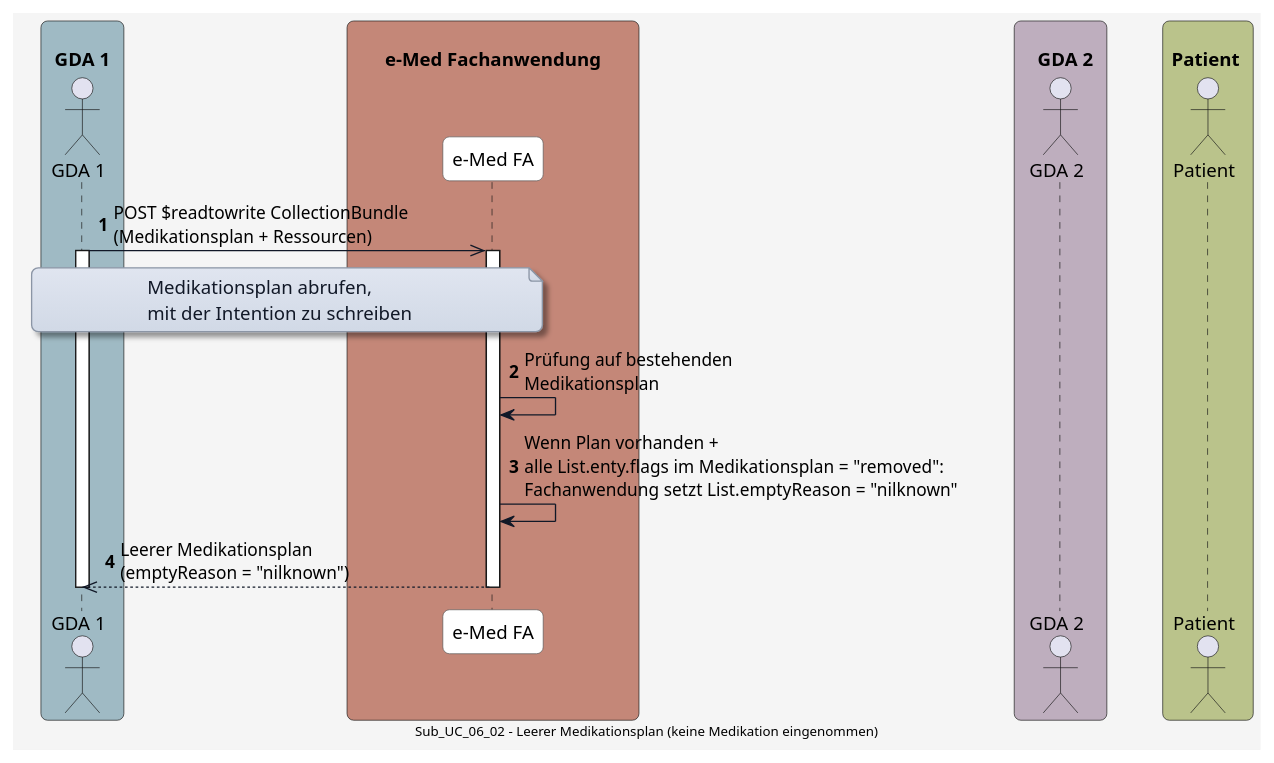
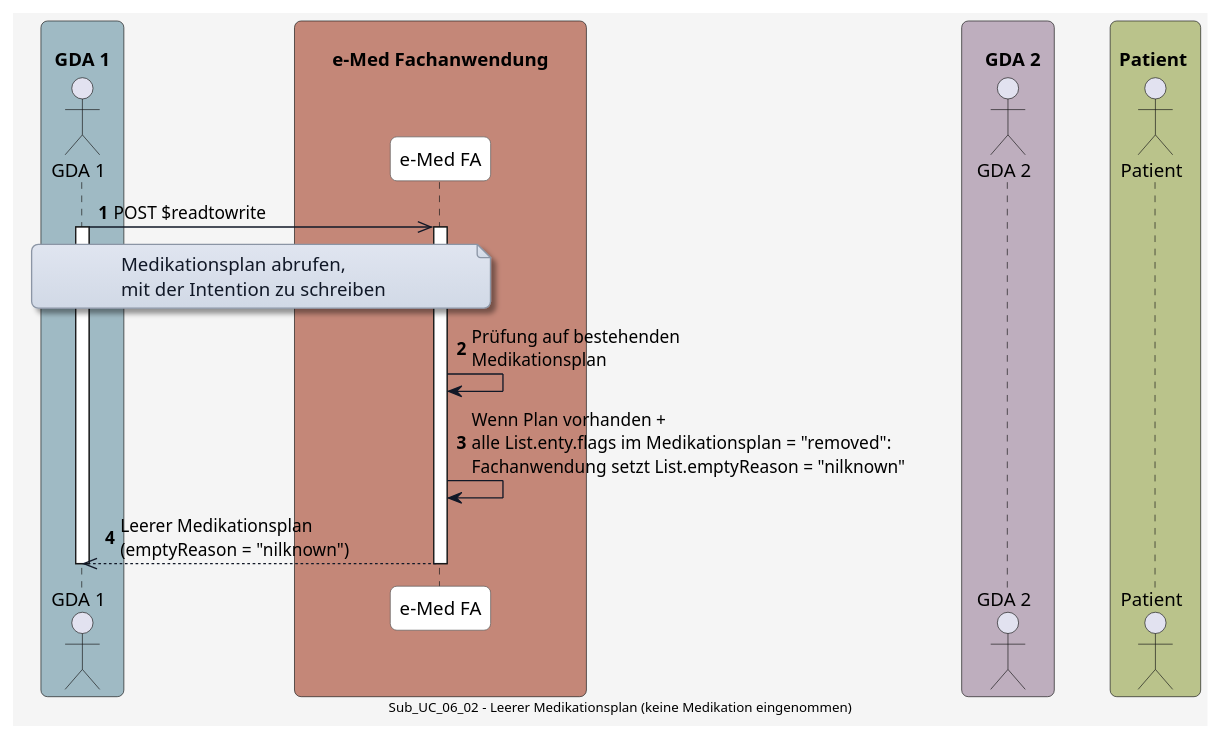
Before and after one commit to HL7Austria/ELGA-e-Medikation-R4: the diagram in input/images-source/UC_06_02.plantuml, drawn with PlantUML. The commit also changed 4 other files, not shown here.

Commit message:
Fix diagram (POST)

```diff
--- a/input/images-source/UC_06_02.plantuml
+++ b/input/images-source/UC_06_02.plantuml
@@ -1,80 +1,80 @@
 @startuml
 skinparam borderColor #000000
 skinparam backgroundColor #f5f5f5
 skinparam shadowing false
 skinparam roundCorner 10
 skinparam defaultFontName "Arial"
 skinparam defaultFontSize 14
 skinparam defaultFontColor #000000
 
 skinparam note {
   BackgroundColor #e0e5f0-#d1d9e6
   BorderColor #8b95a5
   BorderThickness 1
   RoundCorner 8
   Padding 6
   FontColor #111827
   Shadowing true
 }
 
 skinparam HyperlinkColor #0000EE
 skinparam HyperlinkUnderline false
 
 skinparam sequence {
   ParticipantBorderColor #555555
   ParticipantBackgroundColor #ffffff
   ParticipantFontColor #000000
   ParticipantFontSize 14
   ParticipantPadding 20
   ArrowColor #111827
   ArrowThickness 1
   ArrowFontColor #000000
   ArrowFontSize 13
   GroupBorderColor #111827
   GroupBackgroundColor #eef2ff
   GroupBorderThickness 2
 }
 
 skinparam BoxPadding 20
 skinparam BoxBorderColor #555555
 
 box "\n  GDA 1  " #9fbac4
   actor GDA_1 as "GDA 1"
 end box
 
 box "\n       e-Med Fachanwendung       " #C48778
   participant eMed_FA as "e-Med FA"
 end box
 
 box "\n    GDA 2  " #beaebe
   actor GDA_2 as "GDA 2"
 end box
 
 box "\n Patient  " #bac38b
   actor Patient as "Patient"
 end box
 
 
 autonumber
 
-GDA_1 ->> eMed_FA: POST $readtowrite CollectionBundle\n(Medikationsplan + Ressourcen)
+GDA_1 ->> eMed_FA: POST $readtowrite
 activate GDA_1
 
 note over GDA_1, eMed_FA
 Medikationsplan abrufen,
 mit der Intention zu schreiben
 end note
 
 activate eMed_FA
 eMed_FA -> eMed_FA: Prüfung auf bestehenden\nMedikationsplan
 
 eMed_FA -> eMed_FA: Wenn Plan vorhanden +\nalle List.enty.flags im Medikationsplan = "removed":\nFachanwendung setzt List.emptyReason = "nilknown"
 
 eMed_FA -->> GDA_1: Leerer Medikationsplan\n(emptyReason = "nilknown")
 
 deactivate eMed_FA
 deactivate GDA_1
 
 center footer Sub_UC_06_02 - Leerer Medikationsplan (keine Medikation eingenommen)
 
 @enduml
```
